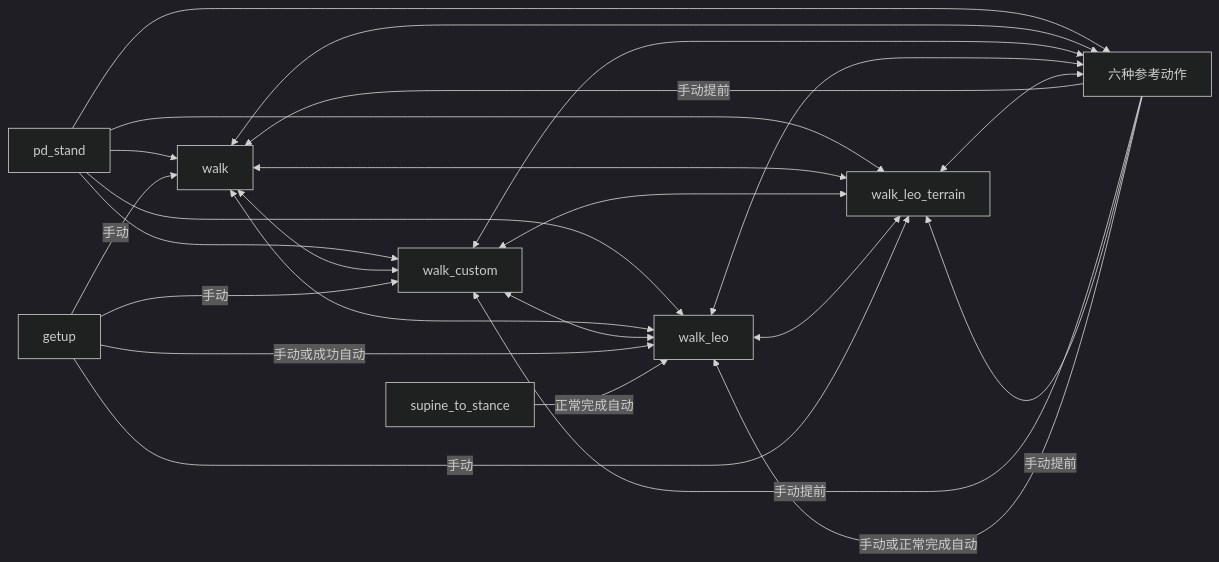
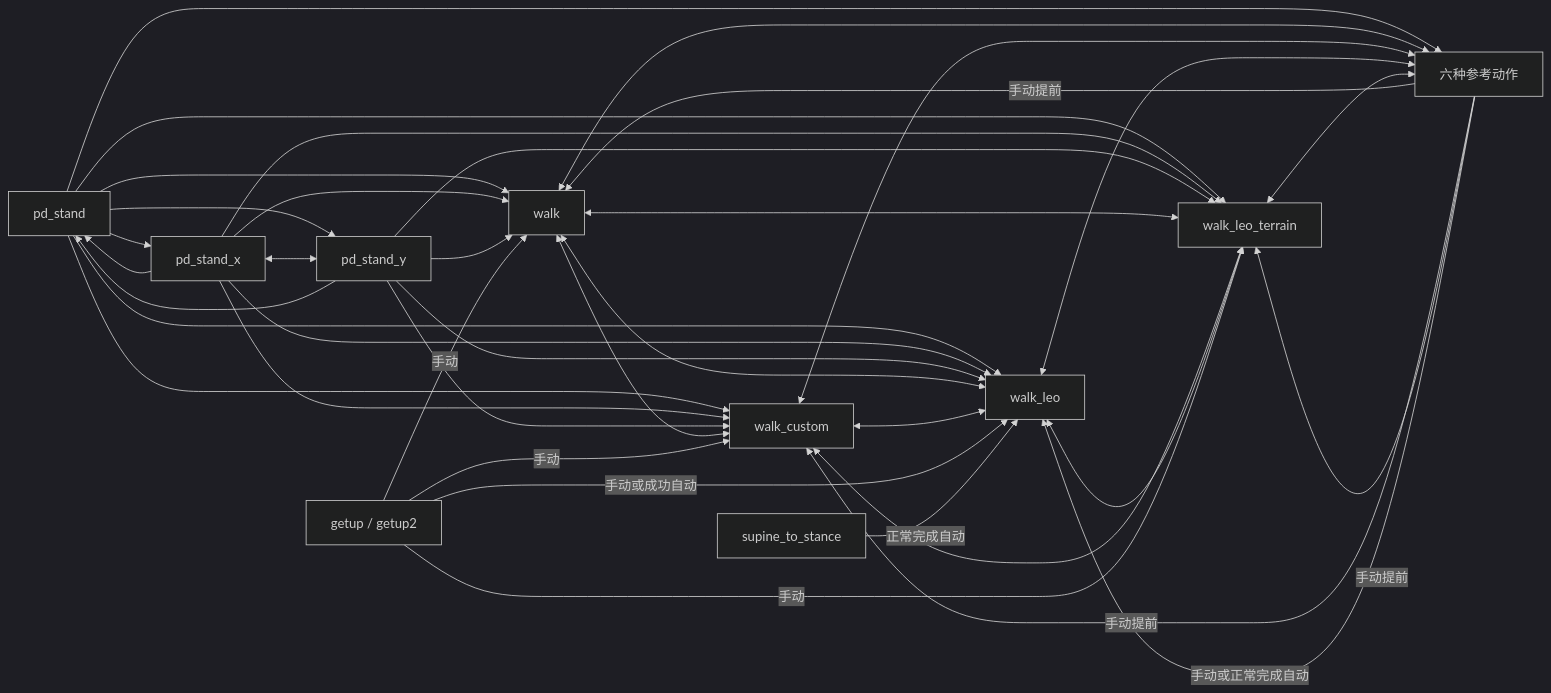
One commit to weishuai-oos/engineai_robotics_native_sdk changed the diagram in docs/t800_motion_transition.md. Above: the diagram before and after it, drawn with Mermaid (dark theme). The commit also changed other lines of this file and 38 other files, not shown here.

````diff
--- a/docs/t800_motion_transition.md
+++ b/docs/t800_motion_transition.md
@@ -45,38 +45,54 @@
 ```mermaid
 flowchart LR
   PD[pd_stand]
   W1[walk]
   W2[walk_custom]
   W3[walk_leo]
   W4[walk_leo_terrain]
+  PX[pd_stand_x]
+  PY[pd_stand_y]
   A[六种参考动作]
-  G[getup]
+  G[getup / getup2]
   S[supine_to_stance]
 
   PD --> W1
   PD --> W2
   PD --> W3
   PD --> W4
   PD --> A
+  PD --> PX
+  PD --> PY
+
+  PX <--> PY
+  PX --> PD
+  PY --> PD
+  PX --> W1
+  PX --> W2
+  PX --> W3
+  PX --> W4
+  PY --> W1
+  PY --> W2
+  PY --> W3
+  PY --> W4
 
   W1 <--> W2
   W1 <--> W3
   W1 <--> W4
   W2 <--> W3
   W2 <--> W4
   W3 <--> W4
   W1 <--> A
   W2 <--> A
   W3 <--> A
   W4 <--> A
 
   G -->|手动| W1
   G -->|手动| W2
   G -->|手动| W4
   G -->|手动或成功自动| W3
   S -->|正常完成自动| W3
   A -->|手动提前| W1
   A -->|手动提前| W2
   A -->|手动提前| W4
   A -->|手动或正常完成自动| W3
 ```
````
